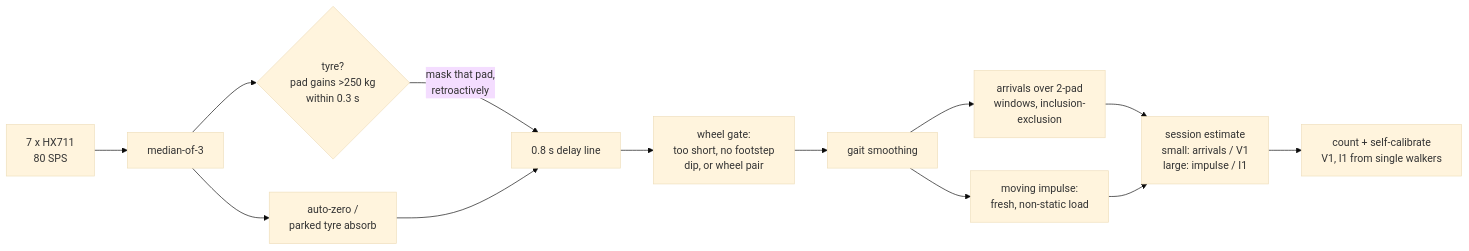
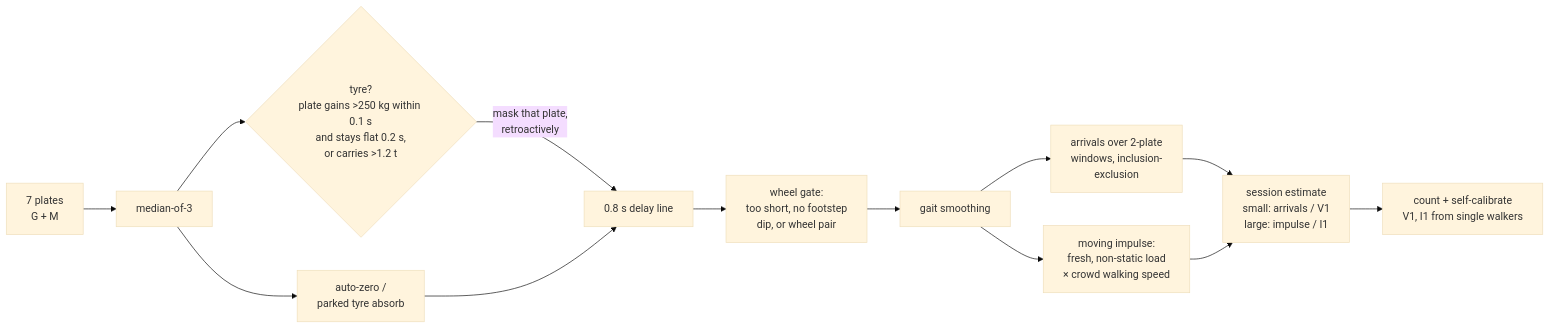
Before and after one commit to IkshitJ/Sensors: the diagram in README.md, drawn with Mermaid (base theme). The commit also changed other lines of this file and 19 other files, not shown here.

````diff
--- a/README.md
+++ b/README.md
@@ -87,15 +110,15 @@
 ```mermaid
 flowchart LR
-    A[7 x HX711<br/>80 SPS] --> B[median-of-3]
-    B --> V{tyre?<br/>pad gains >250 kg<br/>within 0.3 s}
-    V -->|mask that pad,<br/>retroactively| D
+    A[7 plates<br/>G + M] --> B[median-of-3]
+    B --> V{tyre?<br/>plate gains >250 kg within 0.1 s<br/>and stays flat 0.2 s,<br/>or carries >1.2 t}
+    V -->|mask that plate,<br/>retroactively| D
     B --> Z[auto-zero /<br/>parked tyre absorb]
     Z --> D[0.8 s delay line]
     D --> W[wheel gate:<br/>too short, no footstep<br/>dip, or wheel pair]
     W --> S[gait smoothing]
-    S --> AR[arrivals over 2-pad<br/>windows, inclusion-<br/>exclusion]
-    S --> IM[moving impulse:<br/>fresh, non-static load]
+    S --> AR[arrivals over 2-plate<br/>windows, inclusion-<br/>exclusion]
+    S --> IM[moving impulse:<br/>fresh, non-static load<br/>× crowd walking speed]
     AR --> SE[session estimate<br/>small: arrivals / V1<br/>large: impulse / I1]
     IM --> SE
     SE --> C[count + self-calibrate<br/>V1, I1 from single walkers]
 ```
````
